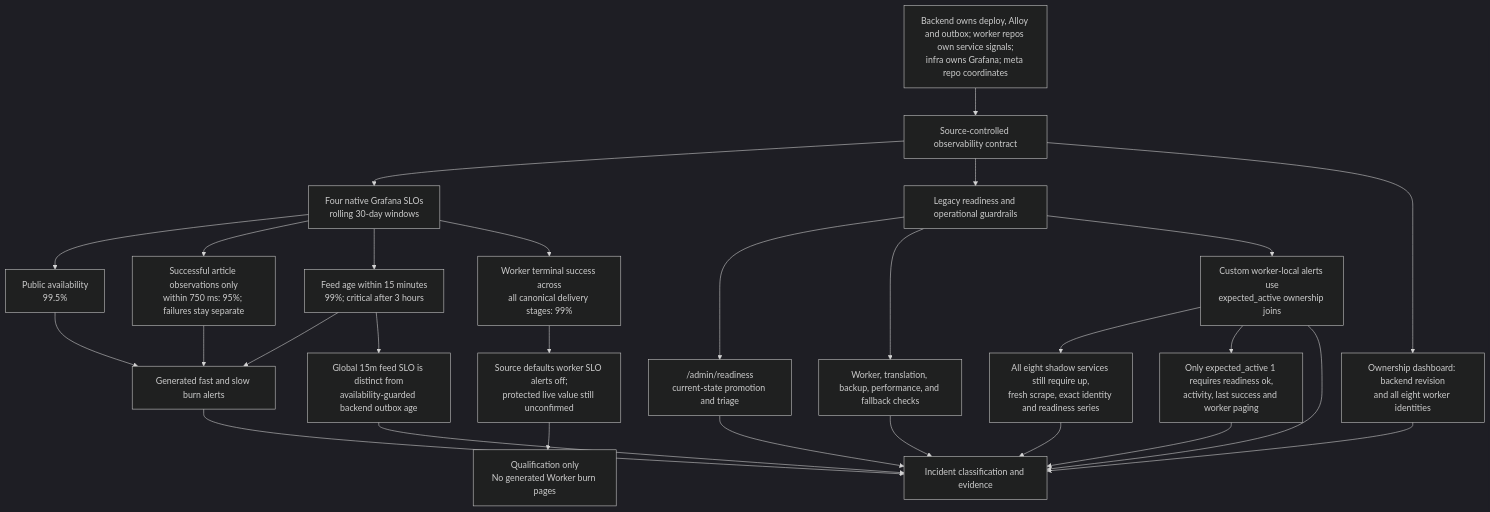
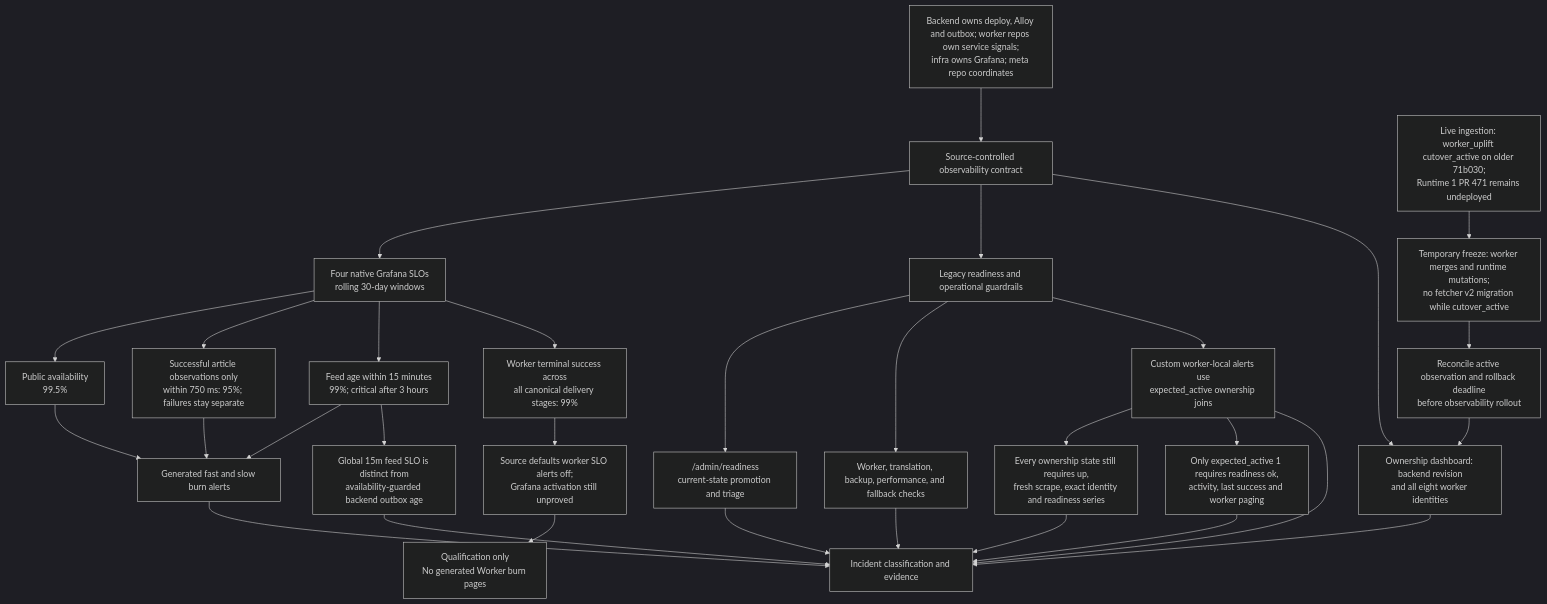
The diagram in diagrams/SERVICE_LEVEL_OBJECTIVES.mmd (ramideltoro/nutsnews-docs), drawn with Mermaid (dark theme) before and after one commit. The commit also changed 24 other files, not shown here.

Commit message:
docs: record live worker cutover constraints

```diff
--- a/diagrams/SERVICE_LEVEL_OBJECTIVES.mmd
+++ b/diagrams/SERVICE_LEVEL_OBJECTIVES.mmd
@@ -1,34 +1,37 @@
 flowchart TD
   accTitle: NutsNews native SLO and readiness boundaries
   accDescr {
     Four staged native Grafana SLOs use rolling 30-day windows and generated burn
     alerts. Current-state readiness and older Worker, feed, translation, backup,
     and performance thresholds remain separate operational guardrails.
   }
   A["Source-controlled observability contract"] --> B["Four native Grafana SLOs\nrolling 30-day windows"]
   Owners["Backend owns deploy, Alloy and outbox; worker repos own service signals;\ninfra owns Grafana; meta repo coordinates"] --> A
   B --> C["Public availability\n99.5%"]
   B --> D["Successful article observations only\nwithin 750 ms: 95%; failures stay separate"]
   B --> E["Feed age within 15 minutes\n99%; critical after 3 hours"]
   B --> F["Worker terminal success across\nall canonical delivery stages: 99%"]
   C --> G["Generated fast and slow burn alerts"]
   D --> G
   E --> G
-  F --> H["Source defaults worker SLO alerts off;\nprotected live value still unconfirmed"]
+  F --> H["Source defaults worker SLO alerts off;\nGrafana activation still unproved"]
   H --> I["Qualification only\nNo generated Worker burn pages"]
   A --> J["Legacy readiness and operational guardrails"]
   J --> K["/admin/readiness\ncurrent-state promotion and triage"]
   J --> L["Worker, translation, backup, performance, and fallback checks"]
   J --> N["Custom worker-local alerts use\nexpected_active ownership joins"]
-  N --> O["All eight shadow services still require up,\nfresh scrape, exact identity and readiness series"]
+  N --> O["Every ownership state still requires up,\nfresh scrape, exact identity and readiness series"]
   N --> P["Only expected_active 1 requires readiness ok,\nactivity, last success and worker paging"]
   E --> Q["Global 15m feed SLO is distinct from\navailability-guarded backend outbox age"]
   G --> M["Incident classification and evidence"]
   K --> M
   L --> M
   N --> M
   O --> M
   P --> M
   Q --> M
   A --> R["Ownership dashboard: backend revision\nand all eight worker identities"]
+  Live["Live ingestion: worker_uplift cutover_active on older 71b030;\nRuntime 1 PR 471 remains undeployed"] --> Freeze["Temporary freeze: worker merges and runtime mutations;\nno fetcher v2 migration while cutover_active"]
+  Freeze --> Reconcile["Reconcile active observation and rollback deadline\nbefore observability rollout"]
+  Reconcile --> R
   R --> M
```
